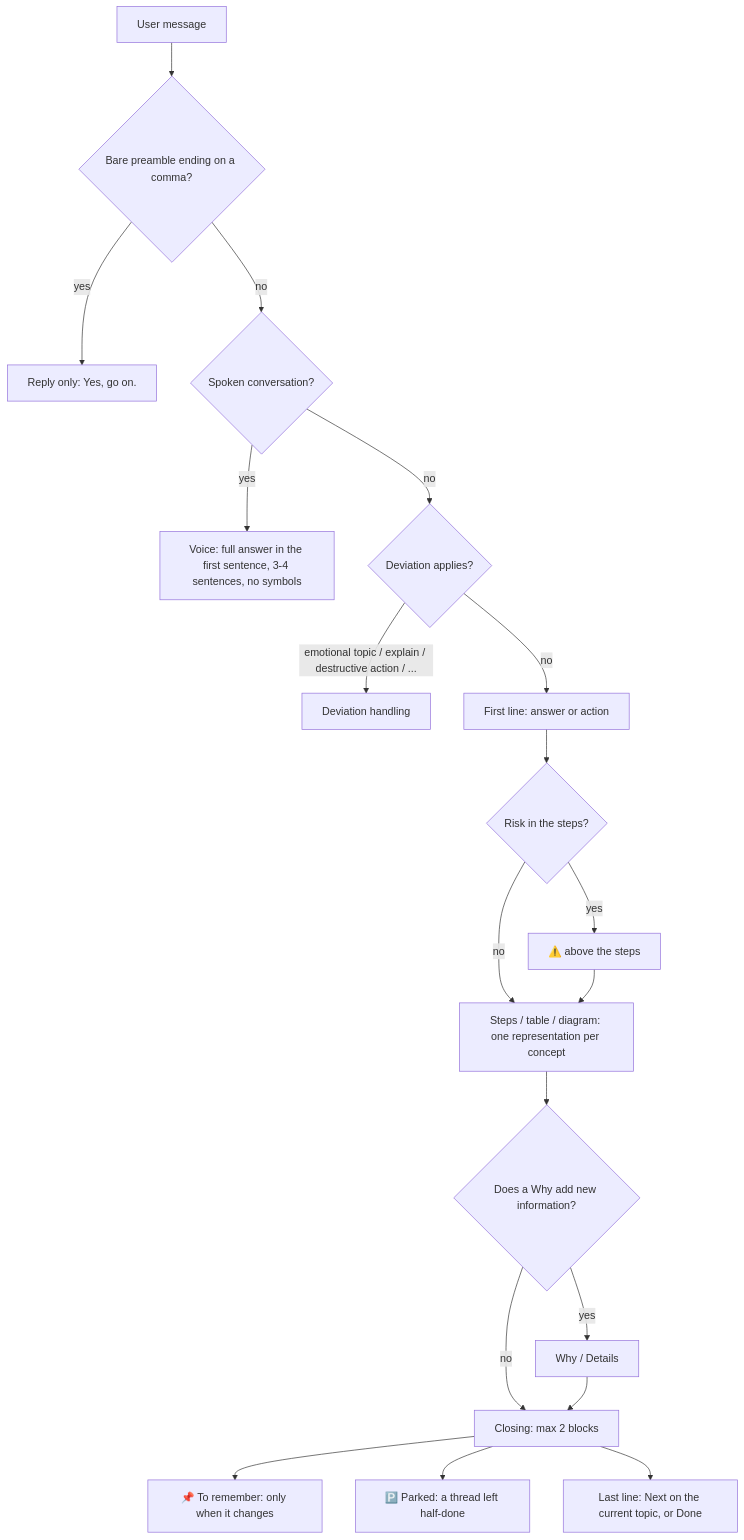
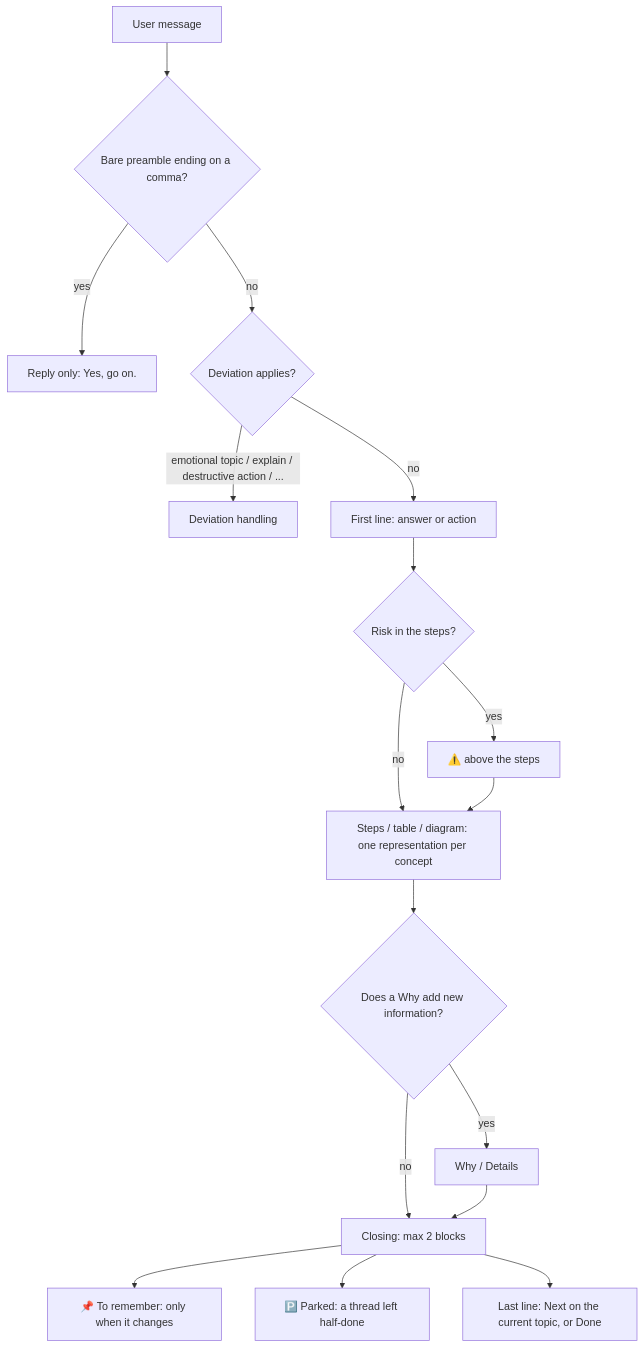
One commit to JohnnyTriggerDev/twice-exceptional-skill changed the diagram in README.md. Above: the diagram before and after it, drawn with Mermaid. The commit also changed other lines of this file and 3 other files, not shown here.

````diff
--- a/README.md
+++ b/README.md
@@ -65,21 +65,19 @@
 ```mermaid
 flowchart TD
     A[User message] --> P{"Bare preamble ending on a comma?"}
     P -- yes --> P1["Reply only: Yes, go on."]
-    P -- no --> V{"Spoken conversation?"}
-    V -- yes --> V1["Voice: full answer in the first sentence, 3-4 sentences, no symbols"]
-    V -- no --> B{"Deviation applies?"}
+    P -- no --> B{"Deviation applies?"}
     B -- "emotional topic / explain / destructive action / ..." --> C[Deviation handling]
     B -- no --> D["First line: answer or action"]
     D --> E{"Risk in the steps?"}
     E -- yes --> E1["⚠️ above the steps"]
     E -- no --> F
     E1 --> F["Steps / table / diagram: one representation per concept"]
     F --> G{"Does a Why add new information?"}
     G -- yes --> G1["Why / Details"]
     G -- no --> H
     G1 --> H["Closing: max 2 blocks"]
     H --> I["📌 To remember: only when it changes"]
     H --> J["🅿️ Parked: a thread left half-done"]
     H --> K["Last line: Next on the current topic, or Done"]
 ```
````
